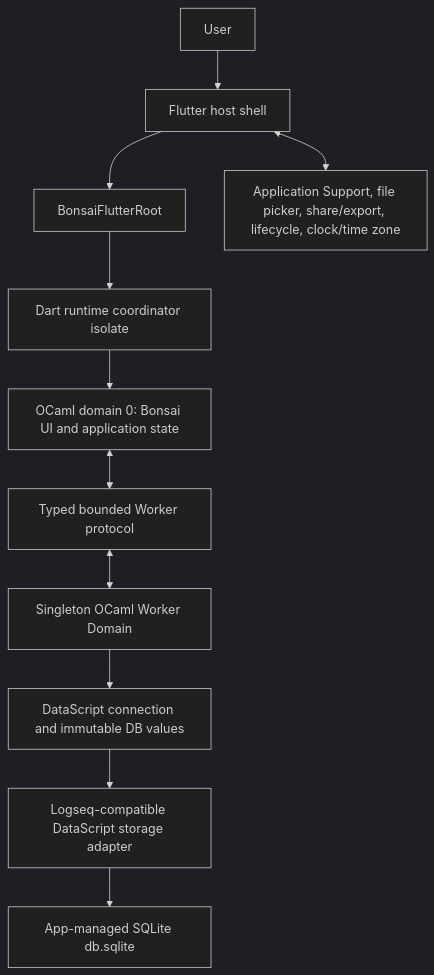
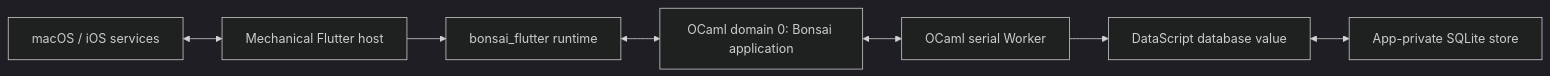
One commit to logseq/logseq_journal changed the first of 2 diagrams in docs/agent-guide/001-journal-mobile-app-architecture.md. Above: the diagram before and after it, drawn with Mermaid (dark theme). The commit also changed other lines of this file and 23 other files, not shown here.

Commit message:
doc(architecture): consolidate architecture documentation

````diff
--- a/docs/agent-guide/001-journal-mobile-app-architecture.md
+++ b/docs/agent-guide/001-journal-mobile-app-architecture.md
@@ -154,13 +70,17 @@
 ```mermaid
-flowchart TD
-    User["User"] --> Host["Flutter host shell"]
-    Host --> Root["BonsaiFlutterRoot"]
-    Root --> Coordinator["Dart runtime coordinator isolate"]
-    Coordinator --> UI["OCaml domain 0: Bonsai UI and application state"]
-    UI <--> Protocol["Typed bounded Worker protocol"]
-    Protocol <--> Worker["Singleton OCaml Worker Domain"]
-    Worker --> DS["DataScript connection and immutable DB values"]
-    DS --> Storage["Logseq-compatible DataScript storage adapter"]
-    Storage --> SQLite["App-managed SQLite db.sqlite"]
-    Host <--> Platform["Application Support, file picker, share/export, lifecycle, clock/time zone"]
+flowchart LR
+  OS["macOS / iOS services"]
+  Host["Mechanical Flutter host"]
+  Runtime["bonsai_flutter runtime"]
+  App["OCaml domain 0: Bonsai application"]
+  Worker["OCaml serial Worker"]
+  DS["DataScript database value"]
+  SQLite["App-private SQLite store"]
+
+  OS <--> Host
+  Host --> Runtime
+  Runtime <--> App
+  App <--> Worker
+  Worker --> DS
+  DS <--> SQLite
 ```
````
